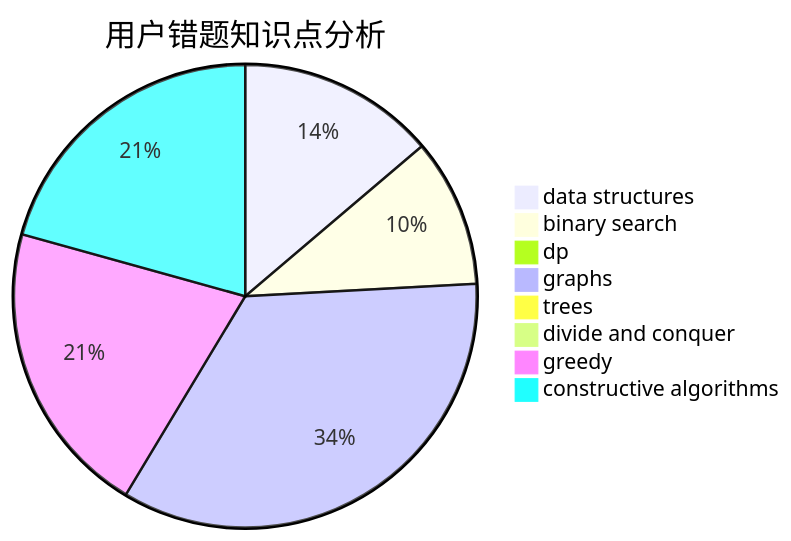
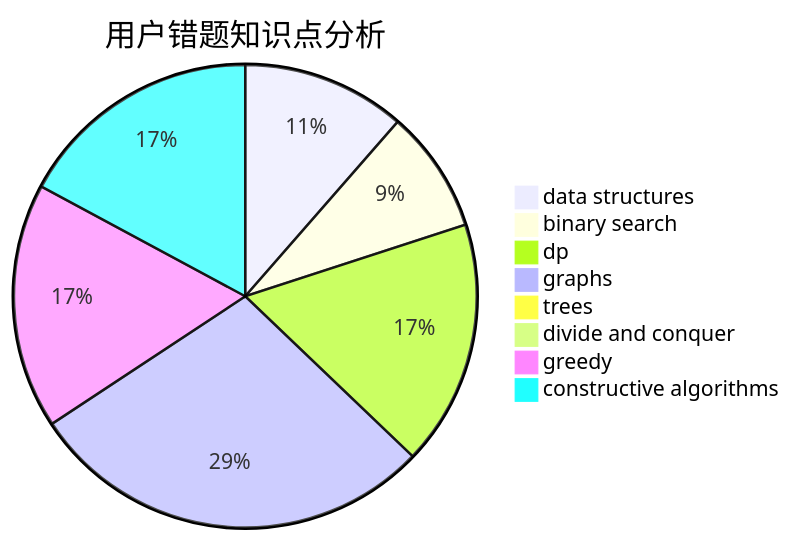
The third of 3 diagrams in docs/user/u2727.md (sherpahu/cfrs.github.io), drawn with Mermaid before and after one commit. The commit also changed other lines of this file and 2770 other files, not shown here.

````diff
--- a/docs/user/u2727.md
+++ b/docs/user/u2727.md
@@ -36,11 +36,11 @@
 ```mermaid
 pie title 用户错题知识点分析
     "data structures" :  4
     "binary search" :  3
-    "dp" :  0
+    "dp" :  6
     "graphs" :  10
     "trees" :  0
     "divide and conquer" :  0
     "greedy" :  6
     "constructive algorithms" :  6
 ```
````
